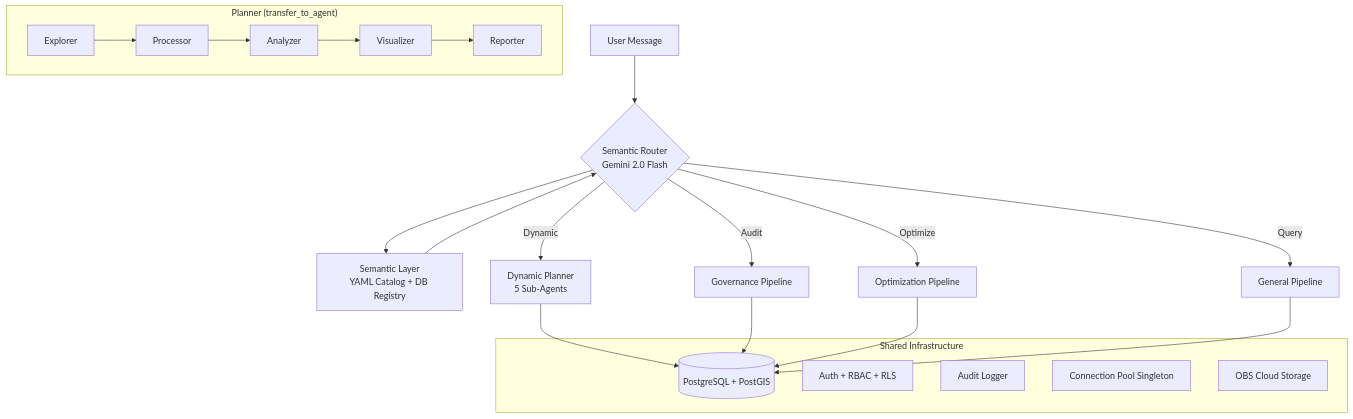
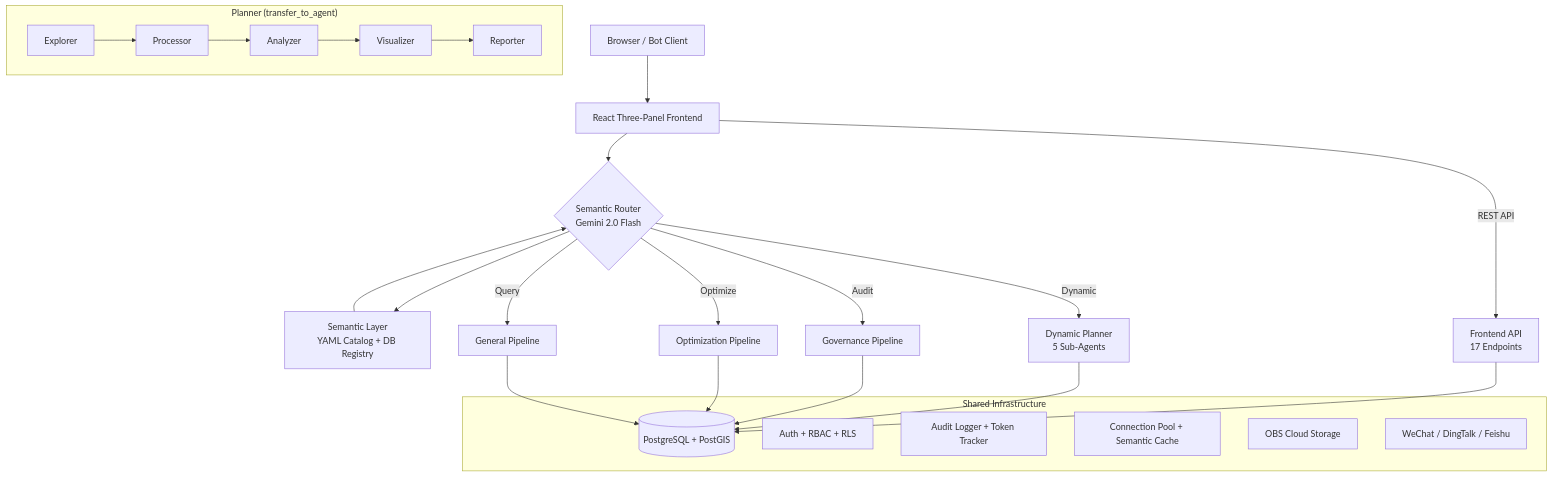
The diagram in README.md (zhouning/gisdataagent), drawn with Mermaid before and after one commit. The commit also changed other lines of this file and 28 other files, not shown here.

````diff
--- a/README.md
+++ b/README.md
@@ -27,28 +27,32 @@
 ```mermaid
 graph TD
-    User[User Message] --> Router{Semantic Router<br/>Gemini 2.0 Flash}
+    User[Browser / Bot Client] --> FE[React Three-Panel Frontend]
+    FE --> Router{Semantic Router<br/>Gemini 2.0 Flash}
     Router --> SL[Semantic Layer<br/>YAML Catalog + DB Registry]
     SL --> Router
 
     Router -- "Dynamic" --> Planner[Dynamic Planner<br/>5 Sub-Agents]
     Router -- "Audit" --> Gov[Governance Pipeline]
     Router -- "Optimize" --> Opt[Optimization Pipeline]
     Router -- "Query" --> Gen[General Pipeline]
 
     subgraph "Planner (transfer_to_agent)"
         PE[Explorer] --> PP[Processor] --> PA[Analyzer] --> PV[Visualizer] --> PR[Reporter]
     end
 
     subgraph "Shared Infrastructure"
         DB[(PostgreSQL + PostGIS)]
         Auth[Auth + RBAC + RLS]
-        Audit[Audit Logger]
-        Pool[Connection Pool Singleton]
+        Audit[Audit Logger + Token Tracker]
+        Pool[Connection Pool + Semantic Cache]
         OBS[OBS Cloud Storage]
+        Bots[WeChat / DingTalk / Feishu]
     end
 
+    FE -- REST API --> FAPI[Frontend API<br/>17 Endpoints]
+    FAPI --> DB
     Planner --> DB
     Gov --> DB
     Opt --> DB
     Gen --> DB
 ```
````
